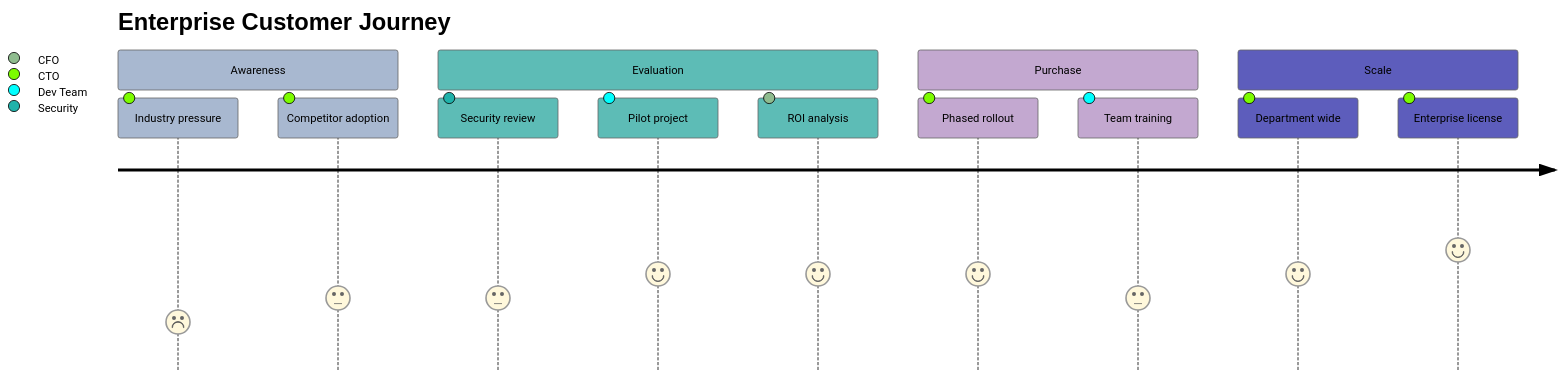
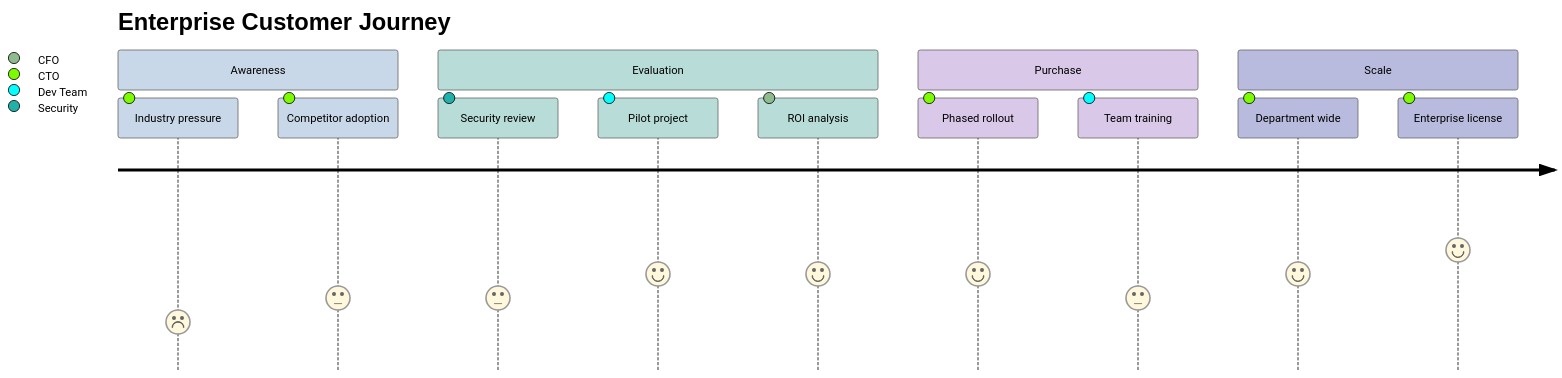
One commit to o2alexanderfedin/AI-Hive-Business-Docs changed the sixth of 7 diagrams in business-documents/market-analysis/04-customer-segments.md. Above: the diagram before and after it, drawn with Mermaid.

Commit message:
Apply balanced color scheme to Enterprise Customer Journey
- Update Enterprise Journey diagram with same balanced colors as Startup Journey
- Consistent soft palette across all journey diagrams
- Follows design guidelines in CLAUDE.md

````diff
--- a/business-documents/market-analysis/04-customer-segments.md
+++ b/business-documents/market-analysis/04-customer-segments.md
@@ -527,79 +527,79 @@
 ```mermaid
 %%{init: {
   'theme': 'base',
   'themeVariables': {
-    'primaryColor': '#A8B8D0',
+    'primaryColor': '#C8D8E8',
     'primaryTextColor': '#000000',
-    'primaryBorderColor': '#8A9AB2',
-    'lineColor': '#8A9AB2',
-    'secondaryColor': '#5DBCB6',
+    'primaryBorderColor': '#B0C5D8',
+    'lineColor': '#B0C5D8',
+    'secondaryColor': '#B8DDD8',
     'secondaryTextColor': '#000000',
-    'secondaryBorderColor': '#3D9A94',
-    'tertiaryColor': '#84D4F5',
+    'secondaryBorderColor': '#9ECCC5',
+    'tertiaryColor': '#C5DEF0',
     'tertiaryTextColor': '#000000',
-    'tertiaryBorderColor': '#5ABCD8',
-    'background': '#F5F5F5',
-    'mainBkg': '#A8B8D0',
-    'secondBkg': '#5DBCB6',
-    'tertiaryBkg': '#84D4F5',
+    'tertiaryBorderColor': '#A8CCDE',
+    'background': '#F8F8F8',
+    'mainBkg': '#C8D8E8',
+    'secondBkg': '#B8DDD8',
+    'tertiaryBkg': '#C5DEF0',
     'mainContrastColor': '#000000',
     'darkMode': false,
     'fontFamily': 'Arial, sans-serif',
     'fontSize': '14px',
-    'labelBackground': '#E8E8E8',
+    'labelBackground': '#F0F0F0',
     'textColor': '#000000',
-    'nodeBkg': '#B3B2D8',
+    'nodeBkg': '#D5D8E5',
     'nodeTextColor': '#000000',
-    'nodeBorder': '#8A89C0',
-    'clusterBkg': '#E5C4CA',
-    'clusterBorder': '#CDA2AB',
-    'defaultLinkColor': '#8A9AB2',
+    'nodeBorder': '#C0C5D8',
+    'clusterBkg': '#E5D5DC',
+    'clusterBorder': '#D5C0CA',
+    'defaultLinkColor': '#B0C5D8',
     'titleColor': '#000000',
-    'edgeLabelBackground': '#F5F5F5',
-    'actorBorder': '#8A9AB2',
-    'actorBkg': '#B3B2D8',
+    'edgeLabelBackground': '#F8F8F8',
+    'actorBorder': '#B0C5D8',
+    'actorBkg': '#D5D8E5',
     'actorTextColor': '#000000',
-    'actorLineColor': '#8A9AB2',
+    'actorLineColor': '#B0C5D8',
     'signalColor': '#000000',
     'signalTextColor': '#000000',
-    'activationBorderColor': '#8A9AB2',
-    'activationBkgColor': '#E5C4CA',
+    'activationBorderColor': '#B0C5D8',
+    'activationBkgColor': '#E5D5DC',
     'sequenceNumberColor': '#000000',
-    'sectionBkgColor': '#FFD54F',
-    'altSectionBkgColor': '#FFB74D',
-    'sectionBkgColor2': '#E1B3C4',
-    'taskBorderColor': '#8A9AB2',
-    'taskBkgColor': '#B3B2D8',
+    'sectionBkgColor': '#F5E8D0',
+    'altSectionBkgColor': '#F0DFC5',
+    'sectionBkgColor2': '#E5D5DC',
+    'taskBorderColor': '#B0C5D8',
+    'taskBkgColor': '#D5D8E5',
     'taskTextColor': '#000000',
     'taskTextLightColor': '#000000',
     'taskTextOutsideColor': '#000000',
     'taskTextClickableColor': '#000000',
-    'activeTaskBorderColor': '#A8B8D0',
-    'activeTaskBkgColor': '#84D4F5',
-    'gridColor': '#C0C0C0',
-    'doneTaskBkgColor': '#5DBCB6',
-    'doneTaskBorderColor': '#3D9A94',
-    'critBorderColor': '#E27D00',
-    'critBkgColor': '#FFB74D',
-    'todayLineColor': '#E27D00',
+    'activeTaskBorderColor': '#C8D8E8',
+    'activeTaskBkgColor': '#C5DEF0',
+    'gridColor': '#D8D8D8',
+    'doneTaskBkgColor': '#B8DDD8',
+    'doneTaskBorderColor': '#9ECCC5',
+    'critBorderColor': '#E5C8B0',
+    'critBkgColor': '#F0DFC5',
+    'todayLineColor': '#E5C8B0',
     'labelColor': '#000000',
-    'errorBkgColor': '#E1B3C4',
+    'errorBkgColor': '#E5D5DC',
     'errorTextColor': '#000000'
   }
 }}%%
 journey
     title Enterprise Customer Journey
     section Awareness
       Industry pressure: 2: CTO
       Competitor adoption: 3: CTO
     section Evaluation
       Security review: 3: Security
       Pilot project: 4: Dev Team
       ROI analysis: 4: CFO
     section Purchase
       Phased rollout: 4: CTO
       Team training: 3: Dev Team
     section Scale
       Department wide: 4: CTO
       Enterprise license: 5: CTO
 ```
````
